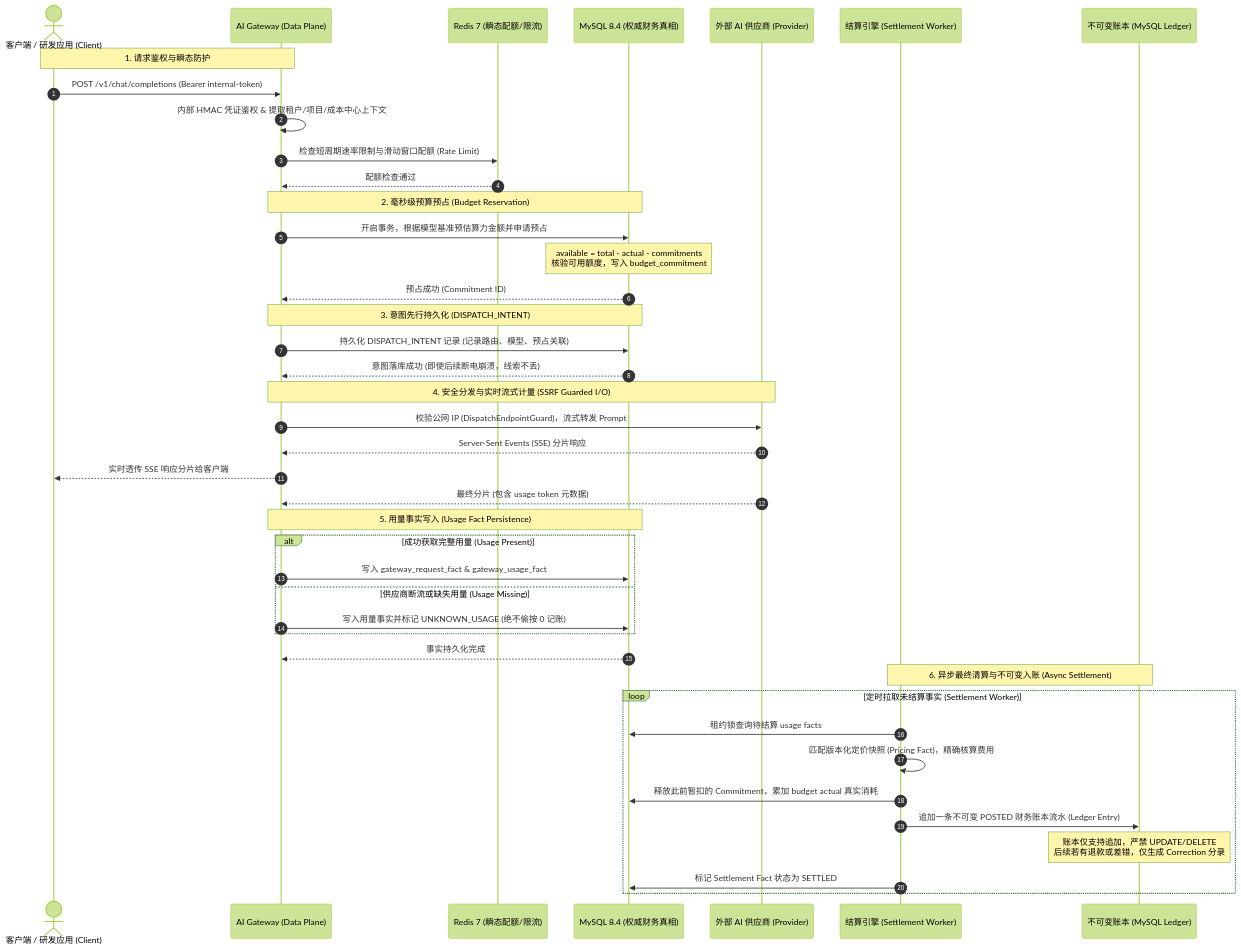
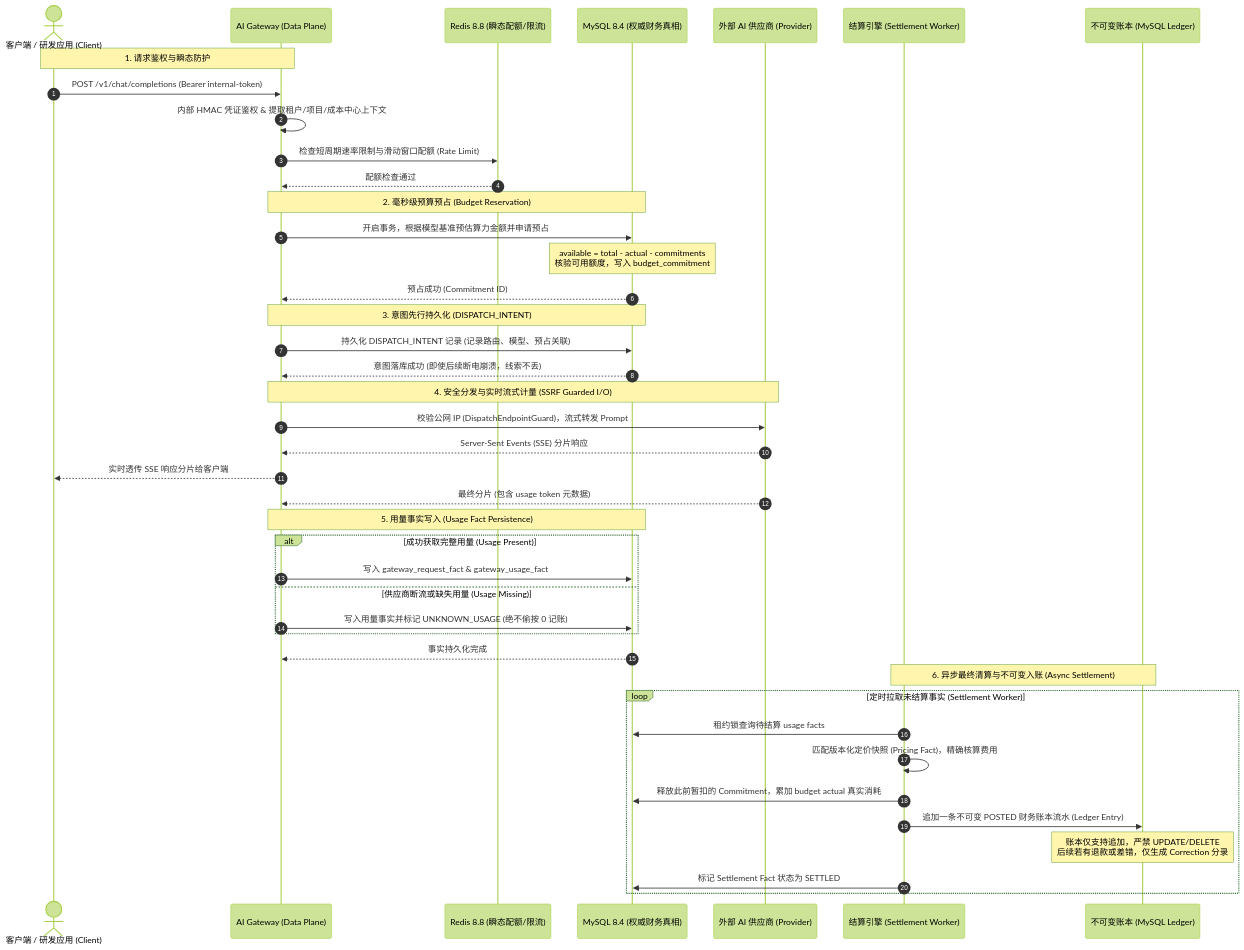
One commit to BangShou1st/AI-CostOps changed the second of 2 diagrams in README.md. Above: the diagram before and after it, drawn with Mermaid (forest theme). The commit also changed other lines of this file and 38 other files, not shown here.

````diff
--- a/README.md
+++ b/README.md
@@ -274,50 +274,50 @@
 ```mermaid
 sequenceDiagram
     autonumber
     actor Client as 客户端 / 研发应用 (Client)
     participant GW as AI Gateway (Data Plane)
-    participant Redis as Redis 7 (瞬态配额/限流)
+    participant Redis as Redis 8.8 (瞬态配额/限流)
     participant MySQL as MySQL 8.4 (权威财务真相)
     participant Provider as 外部 AI 供应商 (Provider)
     participant Worker as 结算引擎 (Settlement Worker)
     participant Ledger as 不可变账本 (MySQL Ledger)
 
     Note over Client,GW: 1. 请求鉴权与瞬态防护
     Client->>GW: POST /v1/chat/completions (Bearer internal-token)
     GW->>GW: 内部 HMAC 凭证鉴权 & 提取租户/项目/成本中心上下文
     GW->>Redis: 检查短周期速率限制与滑动窗口配额 (Rate Limit)
     Redis-->>GW: 配额检查通过
 
     Note over GW,MySQL: 2. 毫秒级预算预占 (Budget Reservation)
     GW->>MySQL: 开启事务，根据模型基准预估算力金额并申请预占
     Note over MySQL: available = total - actual - commitments<br/>核验可用额度，写入 budget_commitment
     MySQL-->>GW: 预占成功 (Commitment ID)
 
     Note over GW,MySQL: 3. 意图先行持久化 (DISPATCH_INTENT)
     GW->>MySQL: 持久化 DISPATCH_INTENT 记录 (记录路由、模型、预占关联)
     MySQL-->>GW: 意图落库成功 (即使后续断电崩溃，线索不丢)
 
     Note over GW,Provider: 4. 安全分发与实时流式计量 (SSRF Guarded I/O)
     GW->>Provider: 校验公网 IP (DispatchEndpointGuard)，流式转发 Prompt
     Provider-->>GW: Server-Sent Events (SSE) 分片响应
     GW-->>Client: 实时透传 SSE 响应分片给客户端
     Provider-->>GW: 最终分片 (包含 usage token 元数据)
 
     Note over GW,MySQL: 5. 用量事实写入 (Usage Fact Persistence)
     alt 成功获取完整用量 (Usage Present)
         GW->>MySQL: 写入 gateway_request_fact & gateway_usage_fact
     else 供应商断流或缺失用量 (Usage Missing)
         GW->>MySQL: 写入用量事实并标记 UNKNOWN_USAGE (绝不偷按 0 记账)
     end
     MySQL-->>GW: 事实持久化完成
 
     Note over Worker,Ledger: 6. 异步最终清算与不可变入账 (Async Settlement)
     loop 定时拉取未结算事实 (Settlement Worker)
         Worker->>MySQL: 租约锁查询待结算 usage facts
         Worker->>Worker: 匹配版本化定价快照 (Pricing Fact)，精确核算费用
         Worker->>MySQL: 释放此前暂扣的 Commitment，累加 budget actual 真实消耗
         Worker->>Ledger: 追加一条不可变 POSTED 财务账本流水 (Ledger Entry)
         Note over Ledger: 账本仅支持追加，严禁 UPDATE/DELETE<br/>后续若有退款或差错，仅生成 Correction 分录
         Worker->>MySQL: 标记 Settlement Fact 状态为 SETTLED
     end
 ```
````
